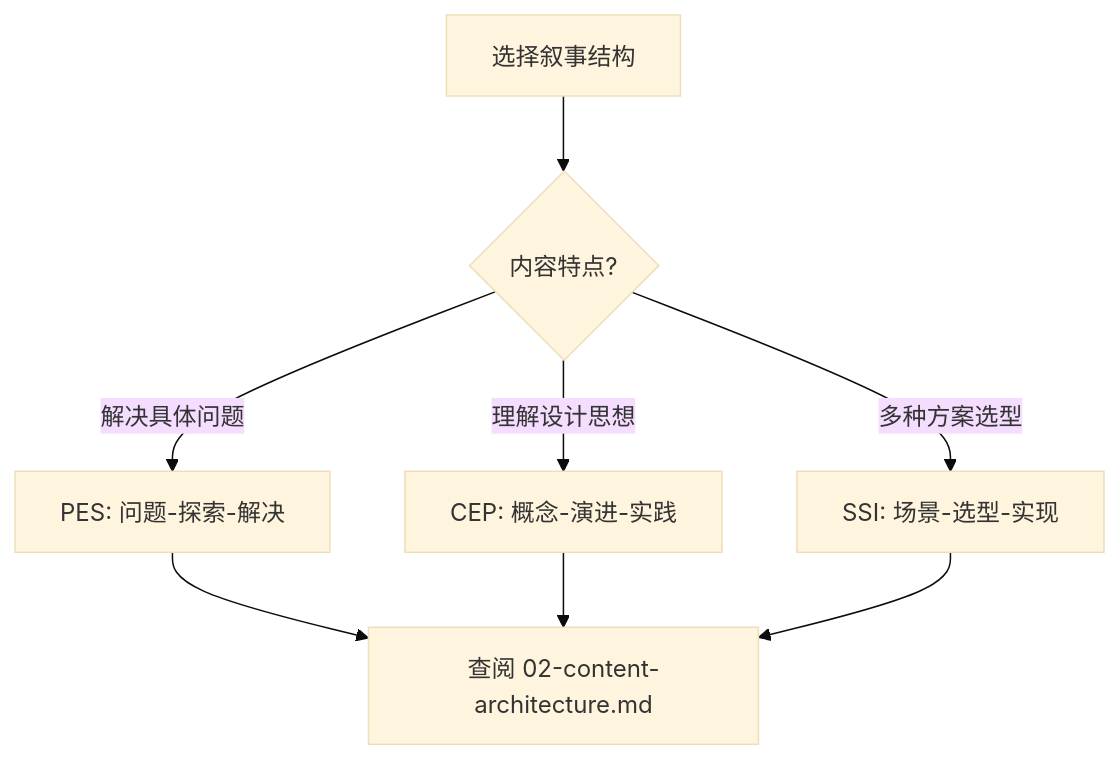
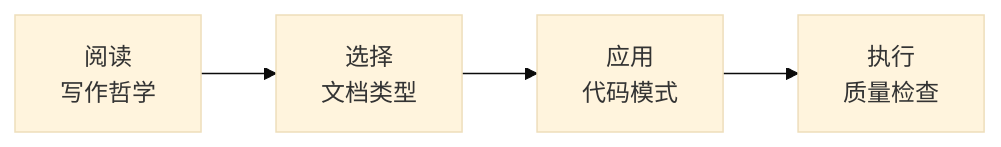
The first of 2 diagrams in .agents/skills/feat-docs-tutorial/SKILL.md (smartboot/feat), drawn with Mermaid (base theme) before and after one commit. The commit also changed other lines of this file and 8 other files, not shown here.

````diff
--- a/.agents/skills/feat-docs-tutorial/SKILL.md
+++ b/.agents/skills/feat-docs-tutorial/SKILL.md
@@ -40,11 +26,6 @@
 ```mermaid
-flowchart TD
-    A[选择叙事结构] --> B{内容特点?}
-    B -->|解决具体问题| C[PES: 问题-探索-解决]
-    B -->|理解设计思想| D[CEP: 概念-演进-实践]
-    B -->|多种方案选型| E[SSI: 场景-选型-实现]
-    
-    C --> F[查阅 02-content-architecture.md]
-    D --> F
-    E --> F
+flowchart LR
+    A[阅读<br/>写作哲学] --> B[选择<br/>文档类型]
+    B --> C[应用<br/>代码模式]
+    C --> D[执行<br/>质量检查]
 ```
````
